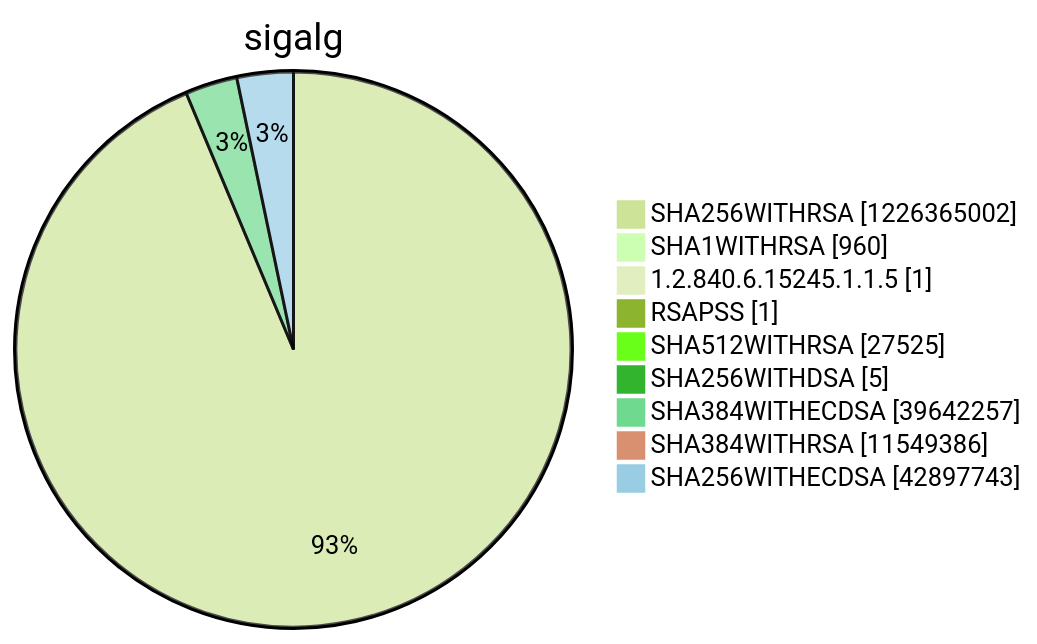
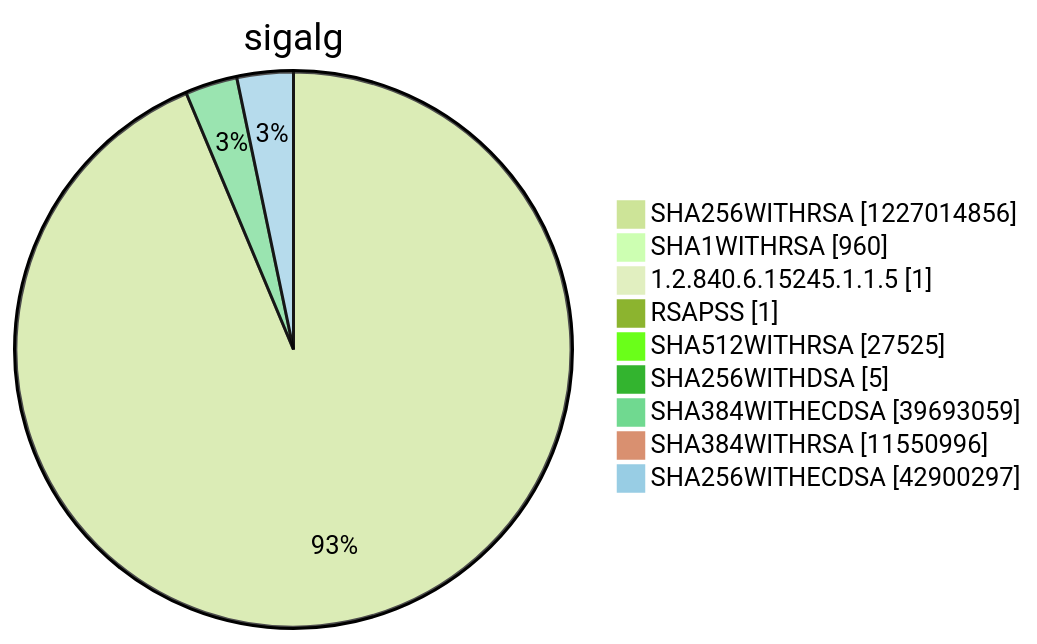
Before and after one commit to christiankrug/ctmonitor_visualization: diagram 15 of 15 in argon2022/README.md, drawn with Mermaid (forest theme). The commit also changed other lines of this file, not shown here.

````diff
--- a/argon2022/README.md
+++ b/argon2022/README.md
@@ -5521,13 +5522,13 @@
 ```mermaid
 pie showData
 title sigalg
-"SHA256WITHRSA" :1226365002
+"SHA256WITHRSA" :1227014856
 "SHA1WITHRSA" :960
 "1.2.840.6.15245.1.1.5" :1
 "RSAPSS" :1
 "SHA512WITHRSA" :27525
 "SHA256WITHDSA" :5
-"SHA384WITHECDSA" :39642257
-"SHA384WITHRSA" :11549386
-"SHA256WITHECDSA" :42897743
+"SHA384WITHECDSA" :39693059
+"SHA384WITHRSA" :11550996
+"SHA256WITHECDSA" :42900297
 ```
````
